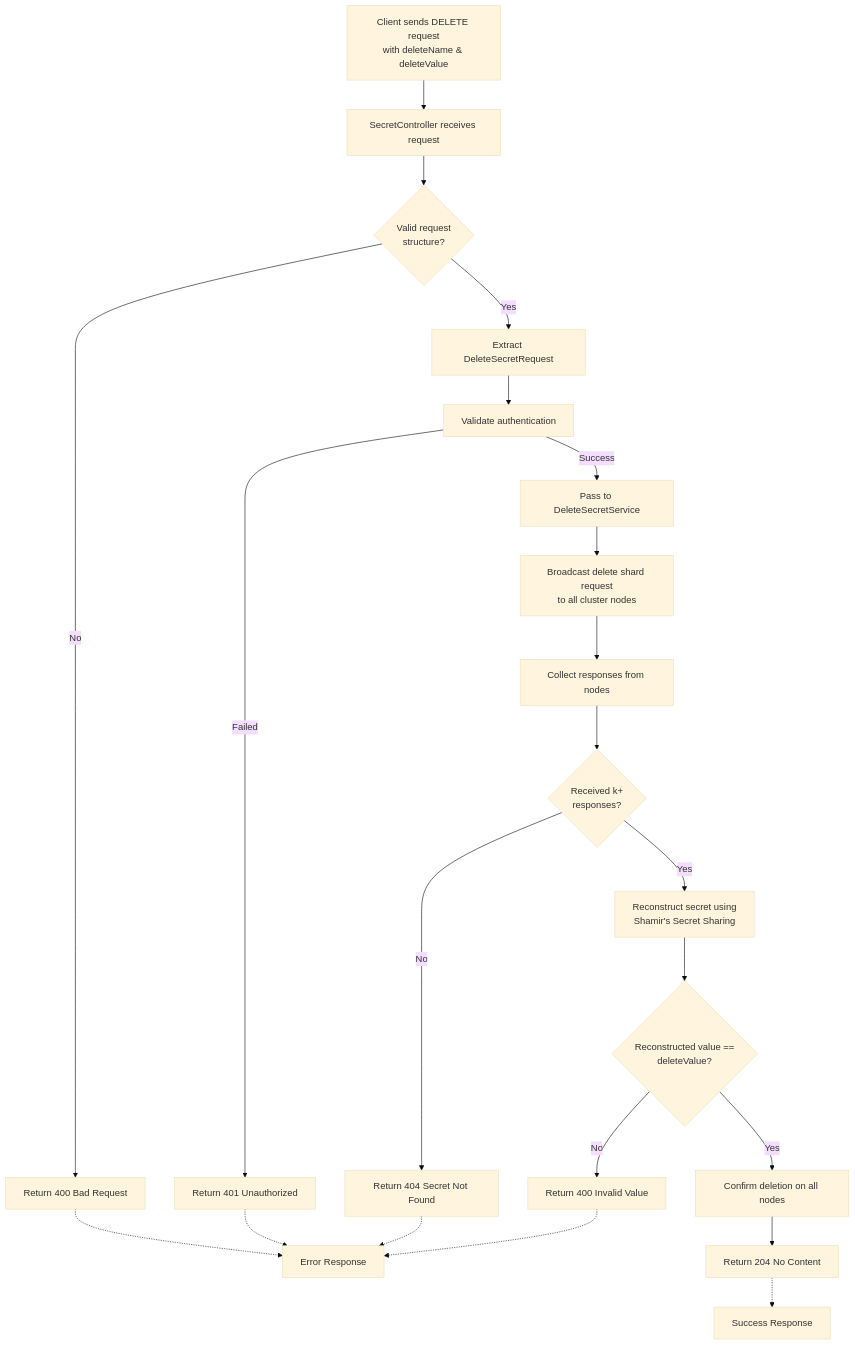
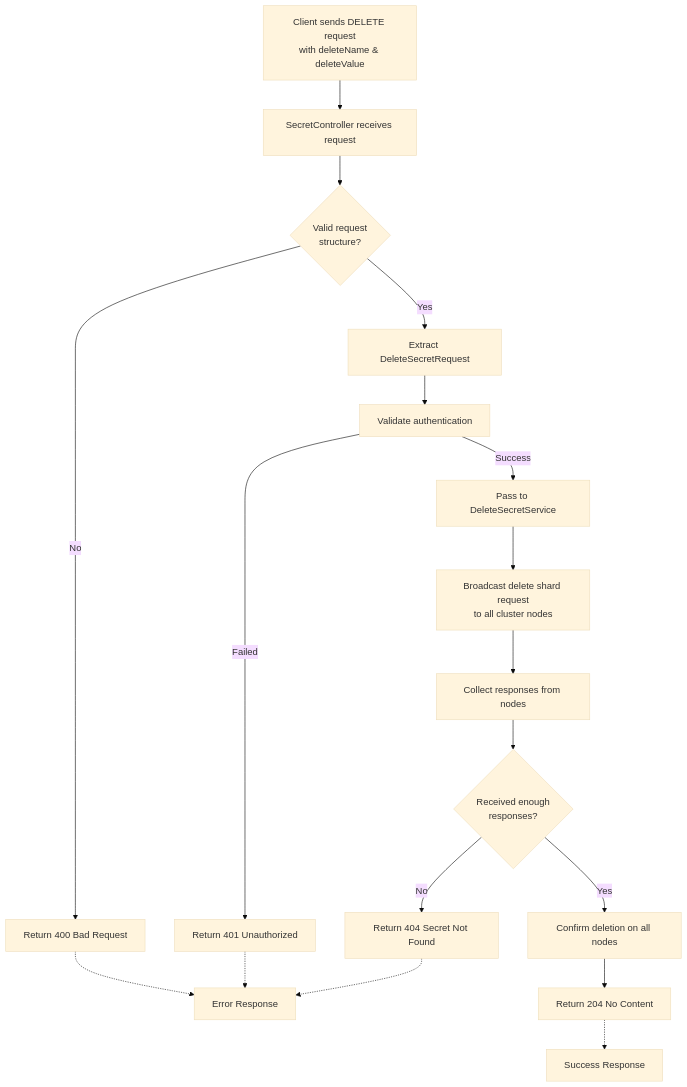
The second of 2 diagrams in docs/crud/delete.md (S26-Distributed-Capstone/DistributedSecretsVault), drawn with Mermaid (base theme) before and after one commit. The commit also changed other lines of this file, not shown here.

Commit message:
removed deleteValue references and added quorum for delete

````diff
--- a/docs/crud/delete.md
+++ b/docs/crud/delete.md
@@ -72,24 +68,20 @@
 ```mermaid
 flowchart TD
     A["Client sends DELETE request<br/>with deleteName & deleteValue"] --> B["SecretController receives request"]
     B --> C{"Valid request<br/>structure?"}
     C -->|No| D["Return 400 Bad Request"]
     C -->|Yes| E["Extract DeleteSecretRequest"]
     E --> F["Validate authentication"]
     F -->|Failed| G["Return 401 Unauthorized"]
     F -->|Success| H["Pass to DeleteSecretService"]
     H --> I["Broadcast delete shard request<br/>to all cluster nodes"]
     I --> J["Collect responses from nodes"]
-    J --> K{"Received k+<br/>responses?"}
+    J --> K{"Received enough<br/>responses?"}
     K -->|No| L["Return 404 Secret Not Found"]
-    K -->|Yes| M["Reconstruct secret using<br/>Shamir's Secret Sharing"]
-    M --> N{"Reconstructed value ==<br/>deleteValue?"}
-    N -->|No| O["Return 400 Invalid Value"]
-    N -->|Yes| P["Confirm deletion on all nodes"]
-    P --> Q["Return 204 No Content"]
+    K -->|Yes| M["Confirm deletion on all nodes"]
+    M --> Q["Return 204 No Content"]
     D -.-> R["Error Response"]
     G -.-> R
     L -.-> R
-    O -.-> R
     Q -.-> S["Success Response"]
 ```
````
